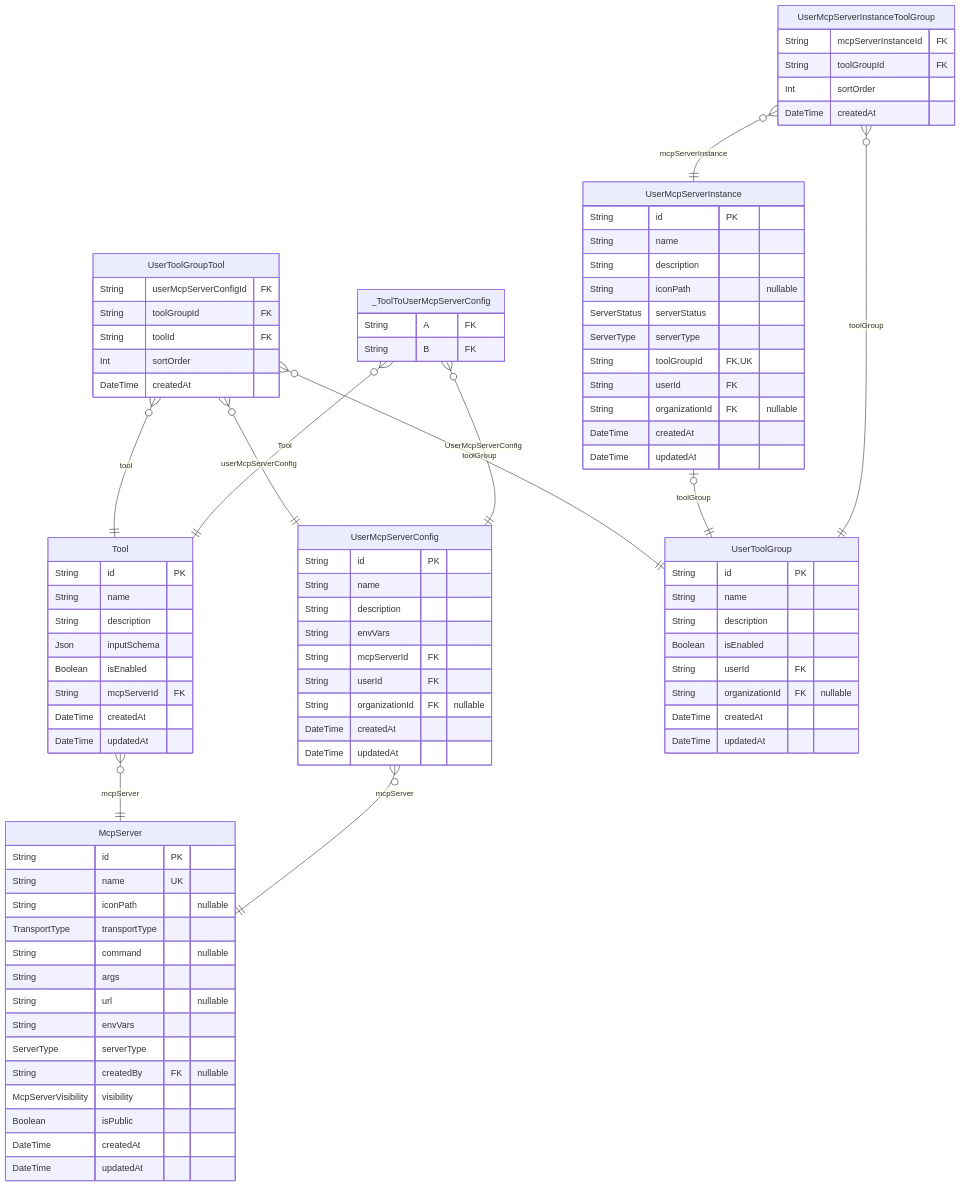
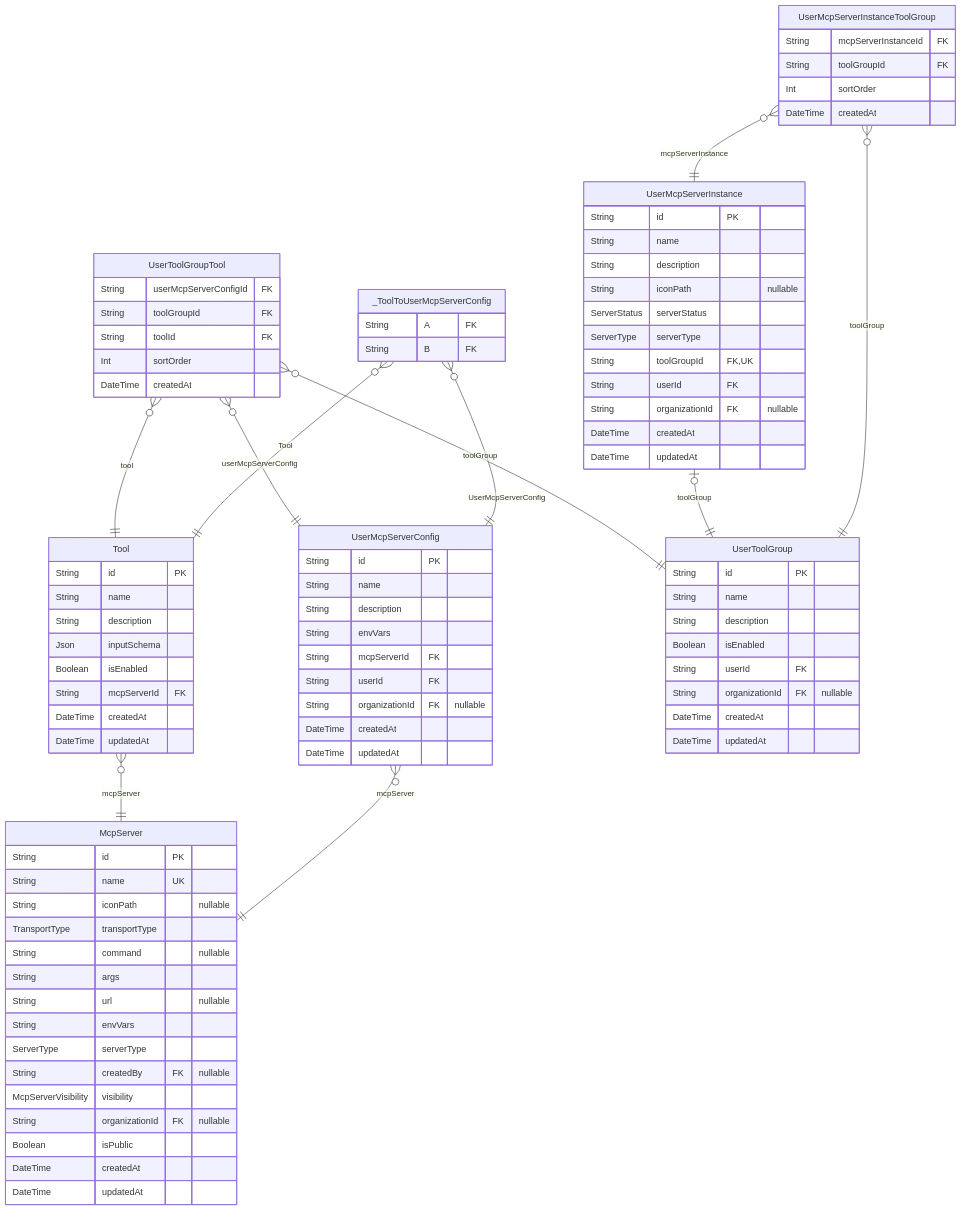
One commit to rayven122/tumiki changed the third of 7 diagrams in packages/db/prisma/README.md. Above: the diagram before and after it, drawn with Mermaid. The commit also changed other lines of this file and 2 other files, not shown here.

Commit message:
feat: 組織限定公開のMCPサーバーを追加し、関連フィールドを更新

```diff
--- a/packages/db/prisma/README.md
+++ b/packages/db/prisma/README.md
@@ -92,6 +92,7 @@
   ServerType serverType
   String createdBy FK "nullable"
   McpServerVisibility visibility
+  String organizationId FK "nullable"
   Boolean isPublic
   DateTime createdAt
   DateTime updatedAt
```
